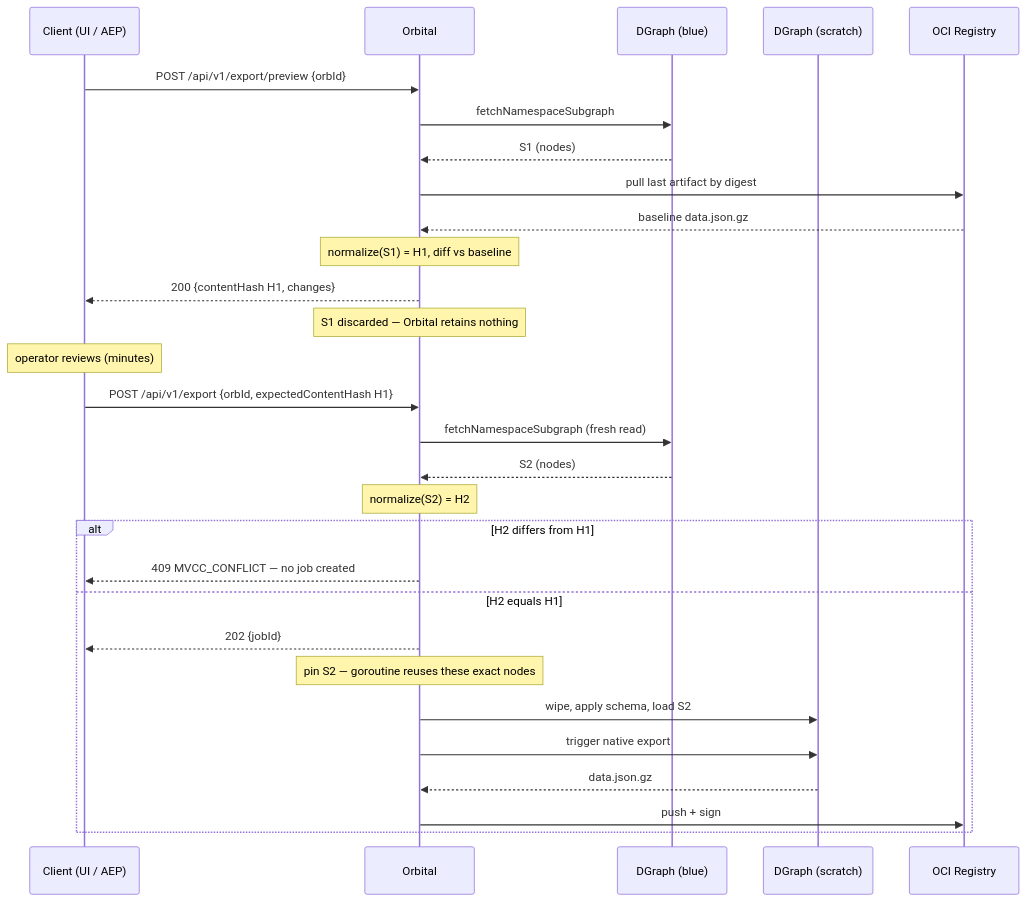
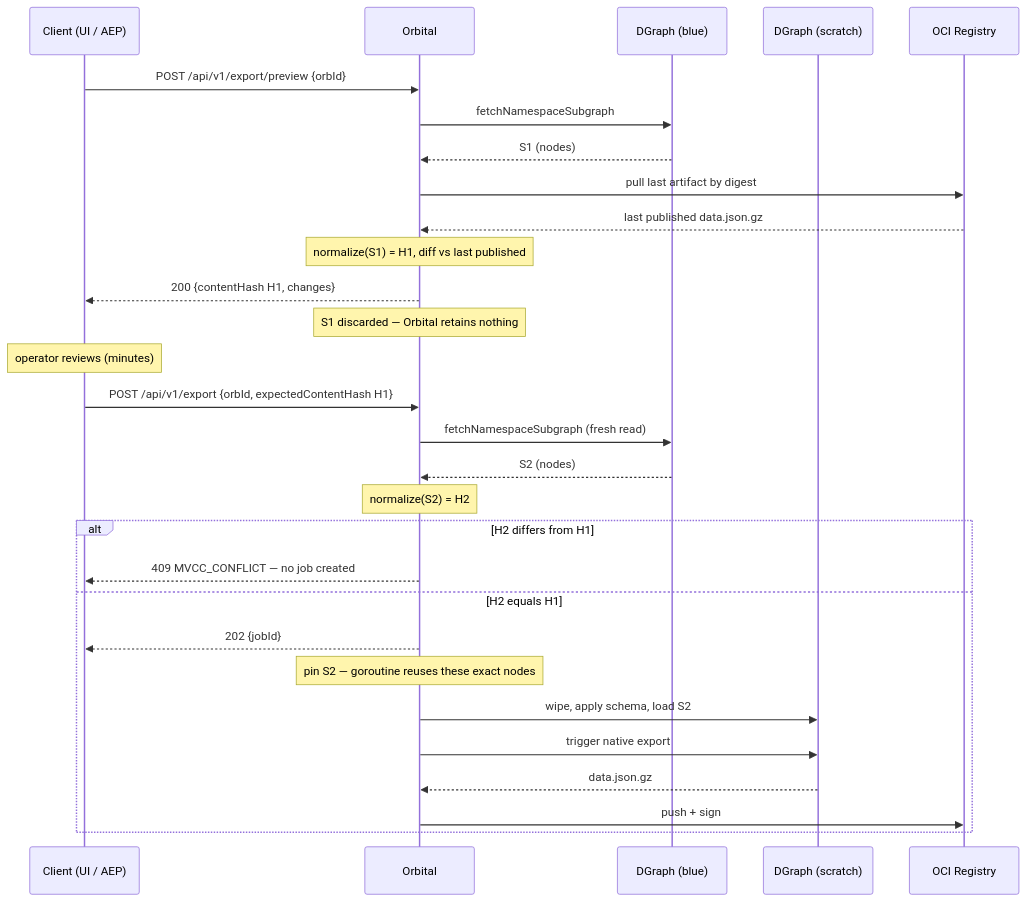
One commit to danieldn-aramada/orbital changed the diagram in docs/reference/OCI.md. Above: the diagram before and after it, drawn with Mermaid. The commit also changed other lines of this file and 25 other files, not shown here.

````diff
--- a/docs/reference/OCI.md
+++ b/docs/reference/OCI.md
@@ -64,37 +76,37 @@
 ```mermaid
 sequenceDiagram
     participant C as Client (UI / AEP)
     participant O as Orbital
     participant B as DGraph (blue)
     participant S as DGraph (scratch)
     participant R as OCI Registry
 
     %% ── 1. Preview — read-only, never touches scratch ───────────────────────
     C->>O: POST /api/v1/export/preview {orbId}
     O->>B: fetchNamespaceSubgraph
     B-->>O: S1 (nodes)
     O->>R: pull last artifact by digest
-    R-->>O: baseline data.json.gz
-    Note over O: normalize(S1) = H1, diff vs baseline
+    R-->>O: last published data.json.gz
+    Note over O: normalize(S1) = H1, diff vs last published
     O-->>C: 200 {contentHash H1, changes}
     Note over O: S1 discarded — Orbital retains nothing
 
     Note over C: operator reviews (minutes)
 
     %% ── 2. Apply — guarded ──────────────────────────────────────────────────
     C->>O: POST /api/v1/export {orbId, expectedContentHash H1}
     O->>B: fetchNamespaceSubgraph (fresh read)
     B-->>O: S2 (nodes)
     Note over O: normalize(S2) = H2
 
     alt H2 differs from H1
         O-->>C: 409 MVCC_CONFLICT — no job created
     else H2 equals H1
         O-->>C: 202 {jobId}
         Note over O: pin S2 — goroutine reuses these exact nodes
         O->>S: wipe, apply schema, load S2
         O->>S: trigger native export
         S-->>O: data.json.gz
         O->>R: push + sign
     end
 ```
````
